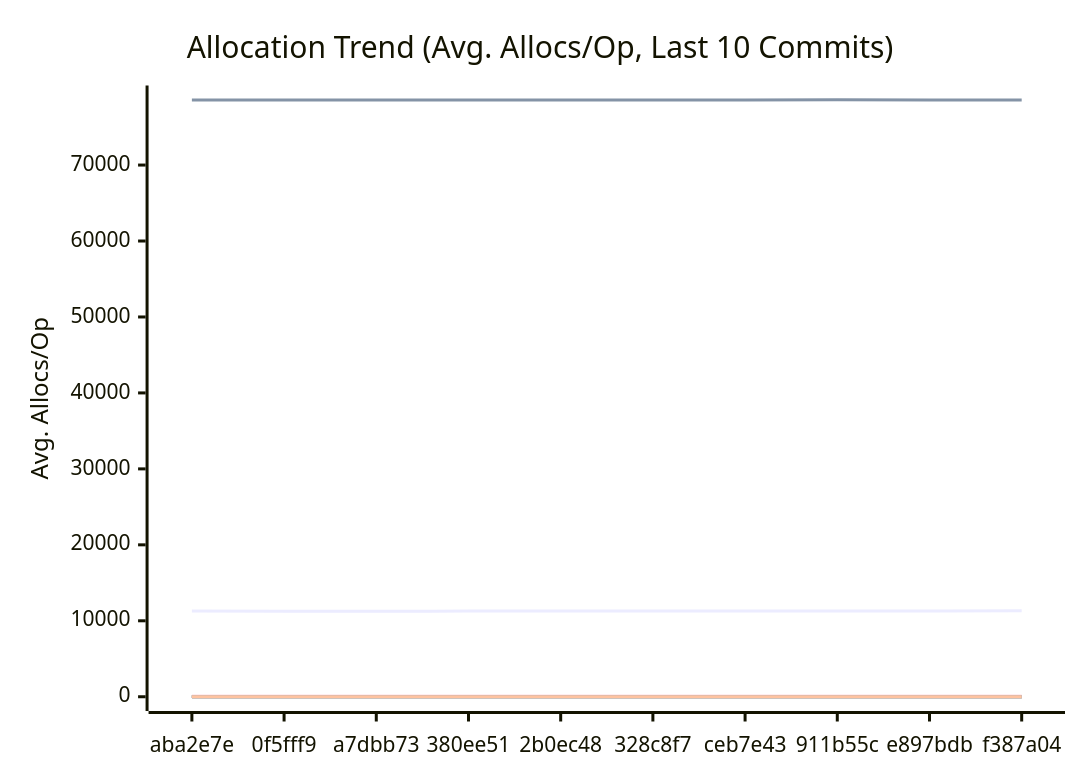
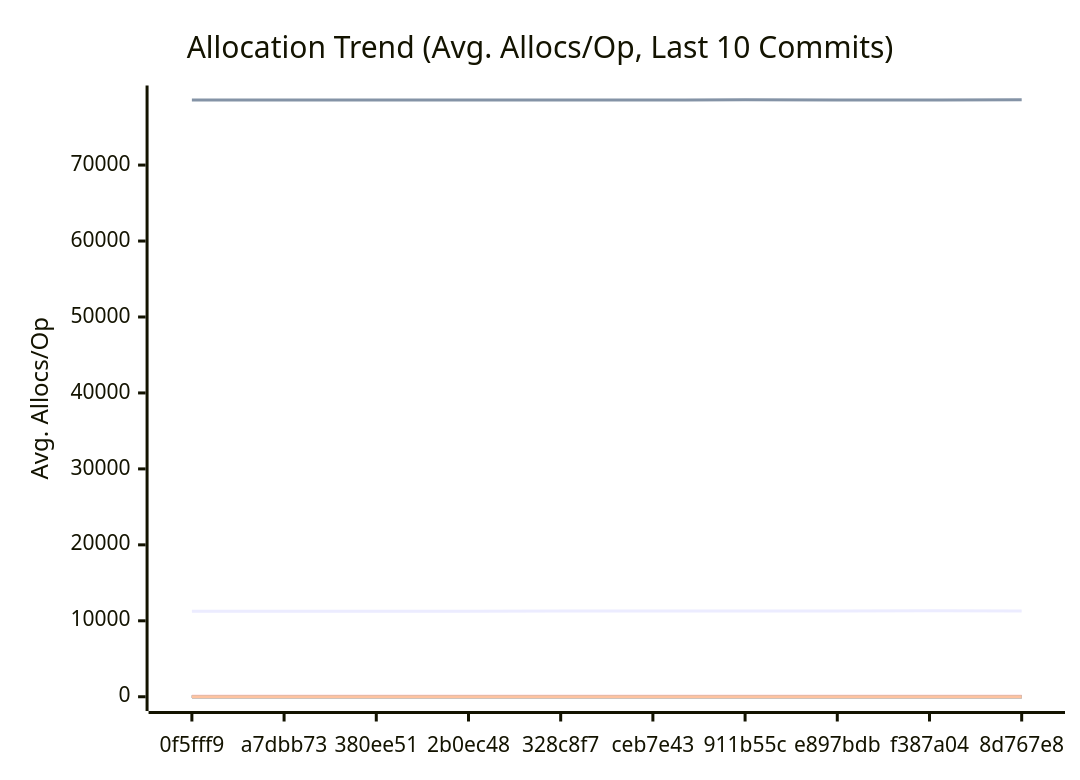
One commit to alsotoes/momo changed the third of 3 diagrams in docs/PERFORMANCE.md. Above: the diagram before and after it, drawn with Mermaid. The commit also changed other lines of this file and 2 other files, not shown here.

````diff
--- a/docs/PERFORMANCE.md
+++ b/docs/PERFORMANCE.md
@@ -197,20 +197,20 @@
 ```mermaid
 xychart-beta
     title "Allocation Trend (Avg. Allocs/Op, Last 10 Commits)"
     x-axis "Commit"
     y-axis "Avg. Allocs/Op"
-    x-axis [aba2e7e,0f5fff9,a7dbb73,380ee51,2b0ec48,328c8f7,ceb7e43,911b55c,e897bdb,f387a04]
-    line "AWSChunkedReaderSigned" [11284,11272,11270,11273,11273,11279,11281,11298,11295,11317]
-    line "AWSChunkedReaderUnsigned" [78561,78569,78563,78558,78562,78559,78557,78598,78563,78578]
+    x-axis [0f5fff9,a7dbb73,380ee51,2b0ec48,328c8f7,ceb7e43,911b55c,e897bdb,f387a04,8d767e8]
+    line "AWSChunkedReaderSigned" [11272,11270,11273,11273,11279,11281,11298,11295,11317,11297]
+    line "AWSChunkedReaderUnsigned" [78569,78563,78558,78562,78559,78557,78598,78563,78578,78602]
     line "CheckMetricsAndSwap" [0,0,0,0,0,0,0,0,0,0]
     line "CrushOptimized" [0,0,0,0,0,0,0,0,0,0]
     line "CrushOriginal" [3,3,3,3,3,3,3,3,3,3]
     line "IndexDirectTracking" [0,0,0,0,0,0,0,0,0,0]
     line "IndexSearch" [0,0,0,0,0,0,0,0,0,0]
     line "LoadGlobalConfig" [54,54,54,54,54,54,54,54,54,54]
     line "PadString" [1,1,1,1,1,1,1,1,1,1]
     line "ParseReplicationOrder_NoPrealloc" [6,6,6,6,6,5,5,5,5,5]
     line "ParseReplicationOrder_Prealloc" [2,2,2,2,2,1,1,1,1,1]
     line "SanitizeLog/Safe" [0,0,0,0,0,0,0,0,0,0]
     line "SanitizeLog/Unsafe" [1,1,1,1,1,1,1,1,1,1]
 ```
````
